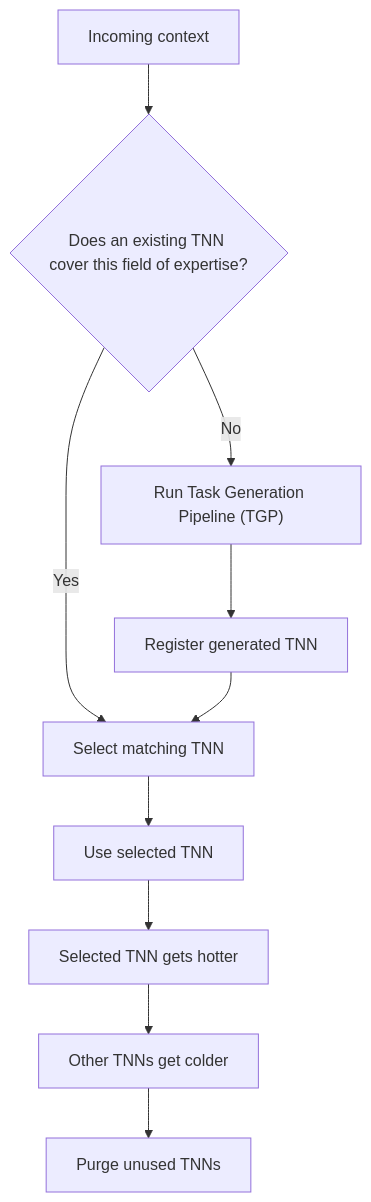
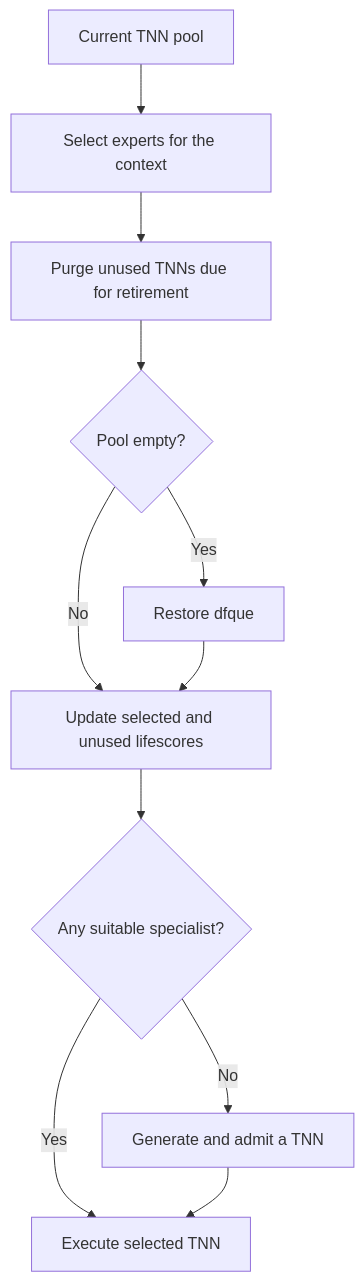
The fourth of 6 diagrams in README.md (ghetea-patrick/jitml), drawn with Mermaid before and after one commit. The commit also changed other lines of this file, not shown here.

````diff
--- a/README.md
+++ b/README.md
@@ -83,12 +137,13 @@
 ```mermaid
-flowchart TD
-    Context["Incoming context"] --> Match{"Does an existing TNN cover this field of expertise?"}
-    Match -->|Yes| Select["Select matching TNN"]
-    Match -->|No| TGP["Run Task Generation Pipeline (TGP)"]
-    TGP --> Register["Register generated TNN"]
-    Register --> Select
-    Select --> Execute["Use selected TNN"]
-    Execute --> Hotter["Selected TNN gets hotter"]
-    Hotter --> Colder["Other TNNs get colder"]
-    Colder --> Purge["Purge unused TNNs"]
+flowchart TB
+    pool["Current TNN pool"] --> match["Select experts for the context"]
+    match --> purge["Purge unused TNNs due for retirement"]
+    purge --> empty{"Pool empty?"}
+    empty -->|Yes| defaults["Restore dfque"]
+    empty -->|No| age["Update selected and unused lifescores"]
+    defaults --> age
+    age --> fit{"Any suitable specialist?"}
+    fit -->|Yes| use["Execute selected TNN"]
+    fit -->|No| tgp["Generate and admit a TNN"]
+    tgp --> use
 ```
````
